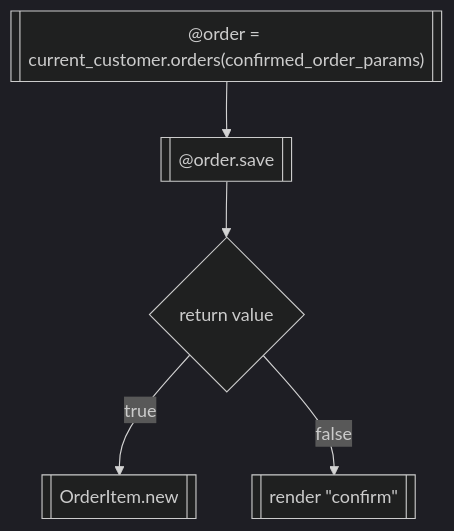
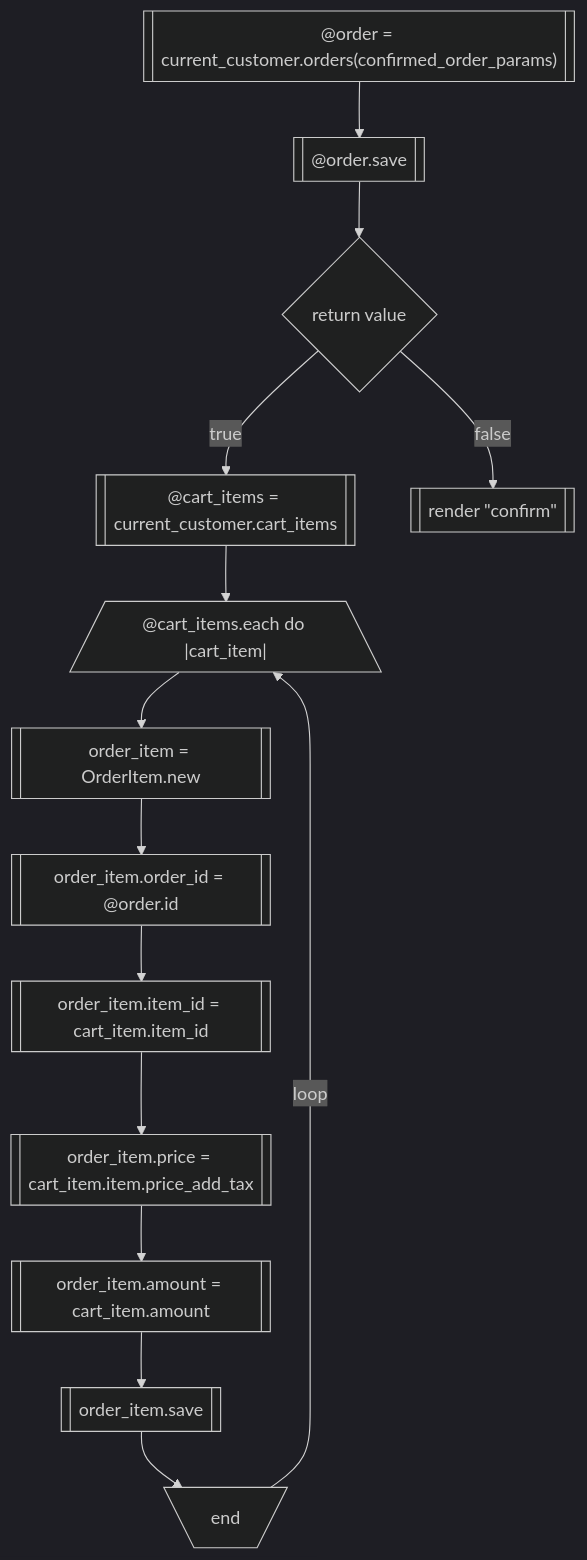
Before and after one commit to urotansh/git-practice: the diagram in flowchart.md, drawn with Mermaid (dark theme).

Commit message:
flowchart5

````diff
--- a/flowchart.md
+++ b/flowchart.md
@@ -2,7 +2,16 @@
 ```mermaid
 flowchart TD
-A[["@order = current_customer.orders(confirmed_order_params)"]] --> B
-B[["@"order.save]] --> C{return value}
-C{return value} -->|true| D[[OrderItem.new]]
+A[["@order = current_customer.orders(confirmed_order_params)"]] --> B[["@"order.save]]
+B --> C{return value}
+C -->|true| D[["@cart_items = current_customer.cart_items"]]
 C{return value} -->|false| E[["render #34;confirm#34;"]]
+D --> F[/"@cart_items.each do |cart_item|"\]
+F --> G[["order_item = OrderItem.new"]]
+G --> H[["order_item.order_id = @order.id"]]
+H --> I[["order_item.item_id = cart_item.item_id"]]
+I --> J[["order_item.price = cart_item.item.price_add_tax"]]
+J --> K[["order_item.amount = cart_item.amount"]]
+K --> L[["order_item.save"]]
+L --> M[\"end"/]
+M -->|loop| F
 ```
````
